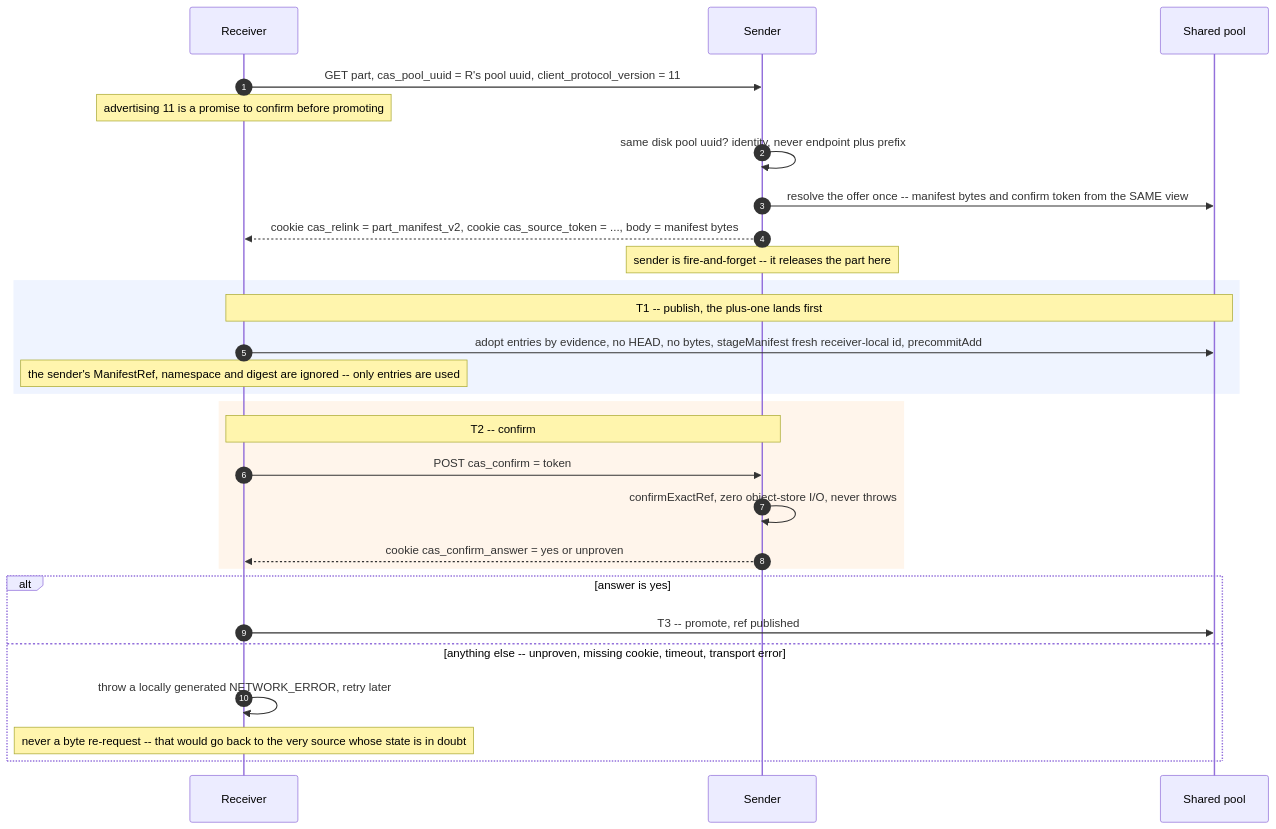
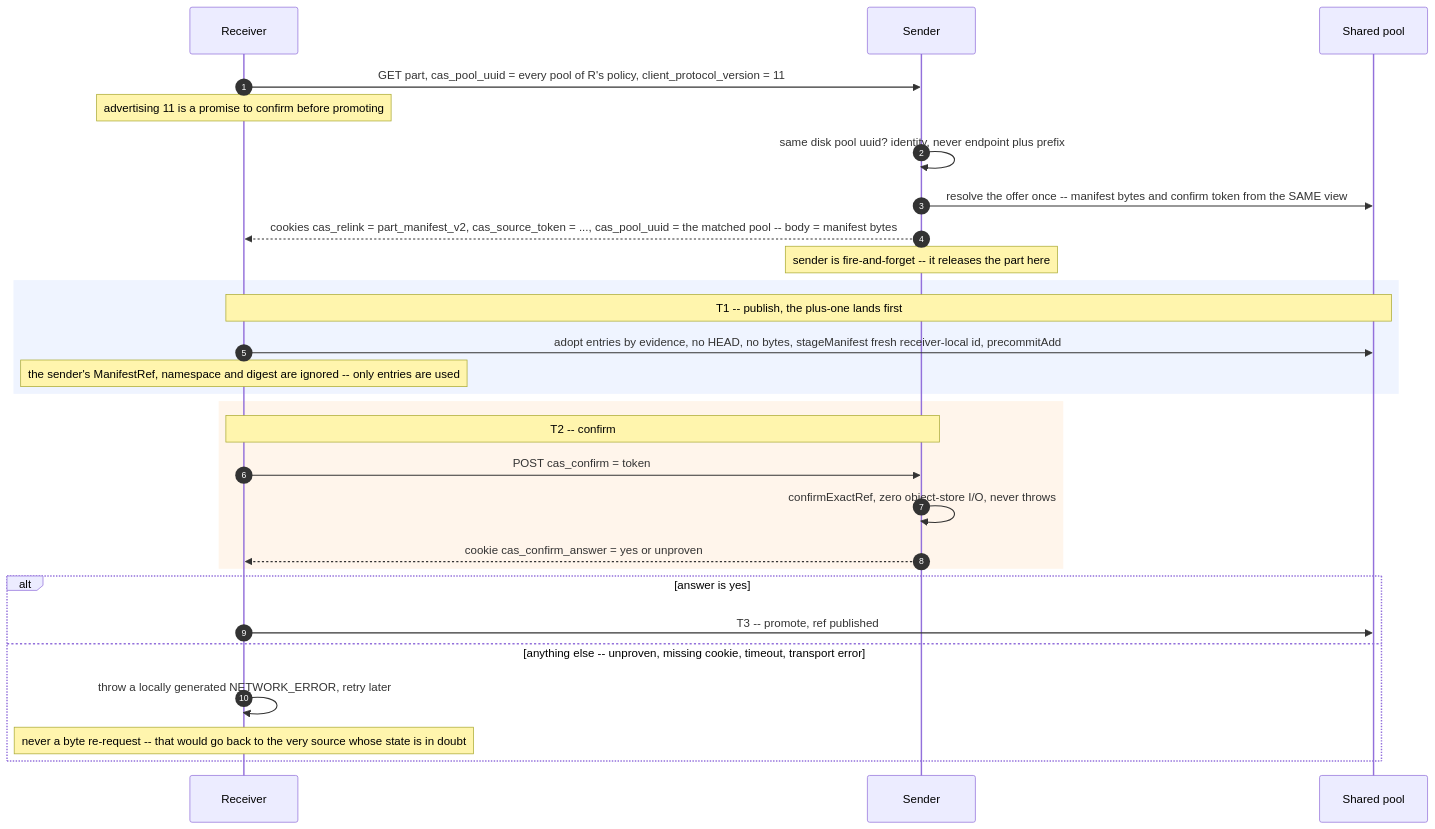
One commit to Altinity/ClickHouse changed the diagram in docs/en/antalya/cas/architecture/replication.md. Above: the diagram before and after it, drawn with Mermaid. The commit also changed other lines of this file and 8 other files, not shown here.

````diff
--- a/docs/en/antalya/cas/architecture/replication.md
+++ b/docs/en/antalya/cas/architecture/replication.md
@@ -27,34 +27,34 @@
 ```mermaid
 sequenceDiagram
     autonumber
     participant R as Receiver
     participant Snd as Sender
     participant S3 as Shared pool
 
-    R->>Snd: GET part, cas_pool_uuid = R's pool uuid, client_protocol_version = 11
+    R->>Snd: GET part, cas_pool_uuid = every pool of R's policy, client_protocol_version = 11
     Note over R: advertising 11 is a promise to confirm before promoting
     Snd->>Snd: same disk pool uuid? identity, never endpoint plus prefix
     Snd->>S3: resolve the offer once -- manifest bytes and confirm token from the SAME view
-    Snd-->>R: cookie cas_relink = part_manifest_v2, cookie cas_source_token = ..., body = manifest bytes
+    Snd-->>R: cookies cas_relink = part_manifest_v2, cas_source_token = ..., cas_pool_uuid = the matched pool -- body = manifest bytes
     Note over Snd: sender is fire-and-forget -- it releases the part here
 
     rect rgba(120,160,255,0.12)
     Note over R,S3: T1 -- publish, the plus-one lands first
     R->>S3: adopt entries by evidence, no HEAD, no bytes, stageManifest fresh receiver-local id, precommitAdd
     Note over R: the sender's ManifestRef, namespace and digest are ignored -- only entries are used
     end
 
     rect rgba(255,190,120,0.15)
     Note over R,Snd: T2 -- confirm
     R->>Snd: POST cas_confirm = token
     Snd->>Snd: confirmExactRef, zero object-store I/O, never throws
     Snd-->>R: cookie cas_confirm_answer = yes or unproven
     end
 
     alt answer is yes
         R->>S3: T3 -- promote, ref published
     else anything else -- unproven, missing cookie, timeout, transport error
         R->>R: throw a locally generated NETWORK_ERROR, retry later
         Note over R: never a byte re-request -- that would go back to the very source whose state is in doubt
     end
 ```
````
